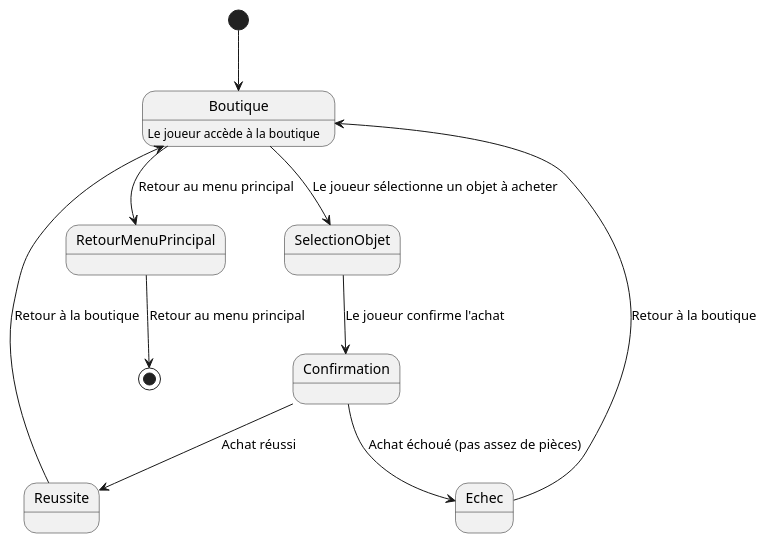
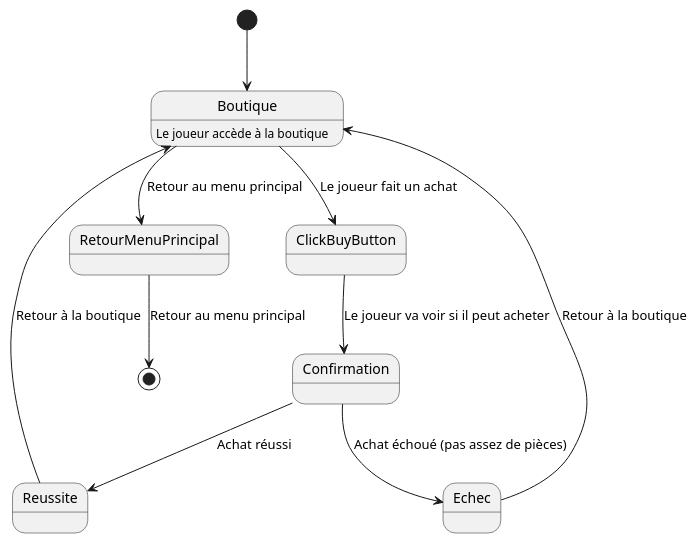
The diagram in Diagram/StateDiagram/PurchaseState.puml (LosVerinos/Crossy-Road), drawn with PlantUML before and after one commit. The commit also changed 3 other files, not shown here.

Commit message:
update des diagrammes d'état

```diff
--- a/Diagram/StateDiagram/PurchaseState.puml
+++ b/Diagram/StateDiagram/PurchaseState.puml
@@ -1,13 +1,13 @@
 @startuml
 [*] --> Boutique
 Boutique : Le joueur accède à la boutique
 
-Boutique --> SelectionObjet : Le joueur sélectionne un objet à acheter
-SelectionObjet --> Confirmation : Le joueur confirme l'achat
+Boutique --> ClickBuyButton : Le joueur fait un achat
+ClickBuyButton --> Confirmation : Le joueur va voir si il peut acheter
 Confirmation --> Reussite : Achat réussi
 Confirmation --> Echec : Achat échoué (pas assez de pièces)
 Reussite --> Boutique : Retour à la boutique
 Echec --> Boutique : Retour à la boutique
 Boutique --> RetourMenuPrincipal : Retour au menu principal
 RetourMenuPrincipal --> [*] : Retour au menu principal
 @enduml
```
